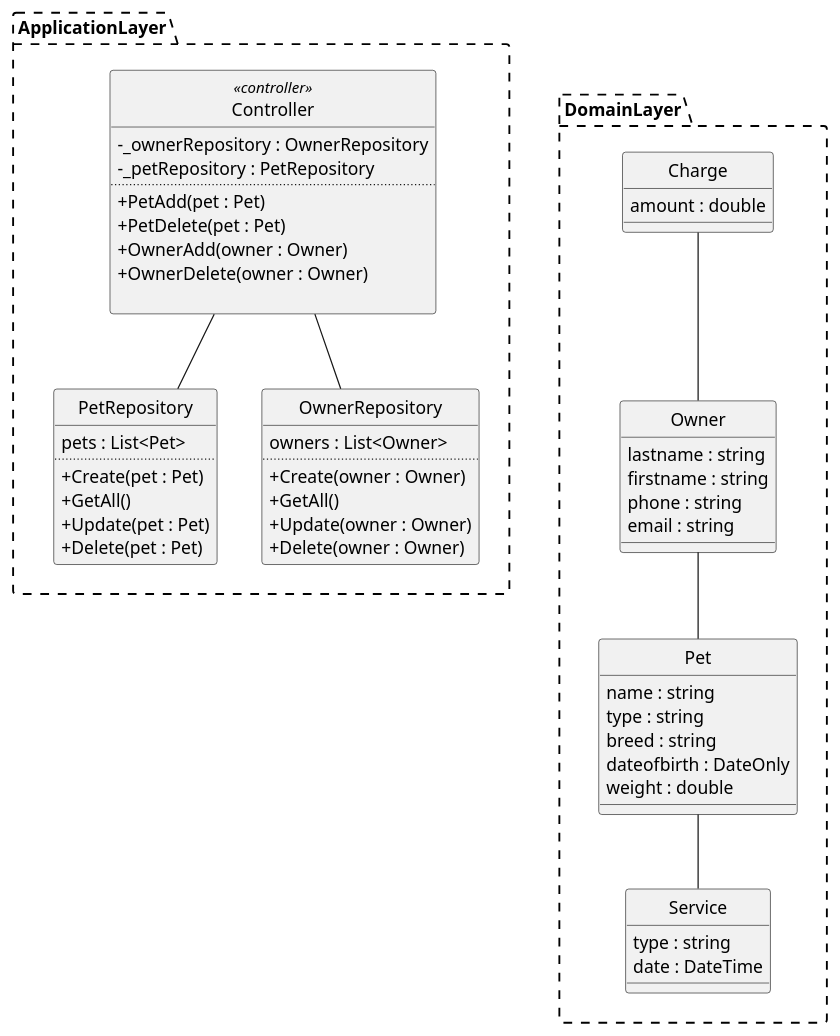
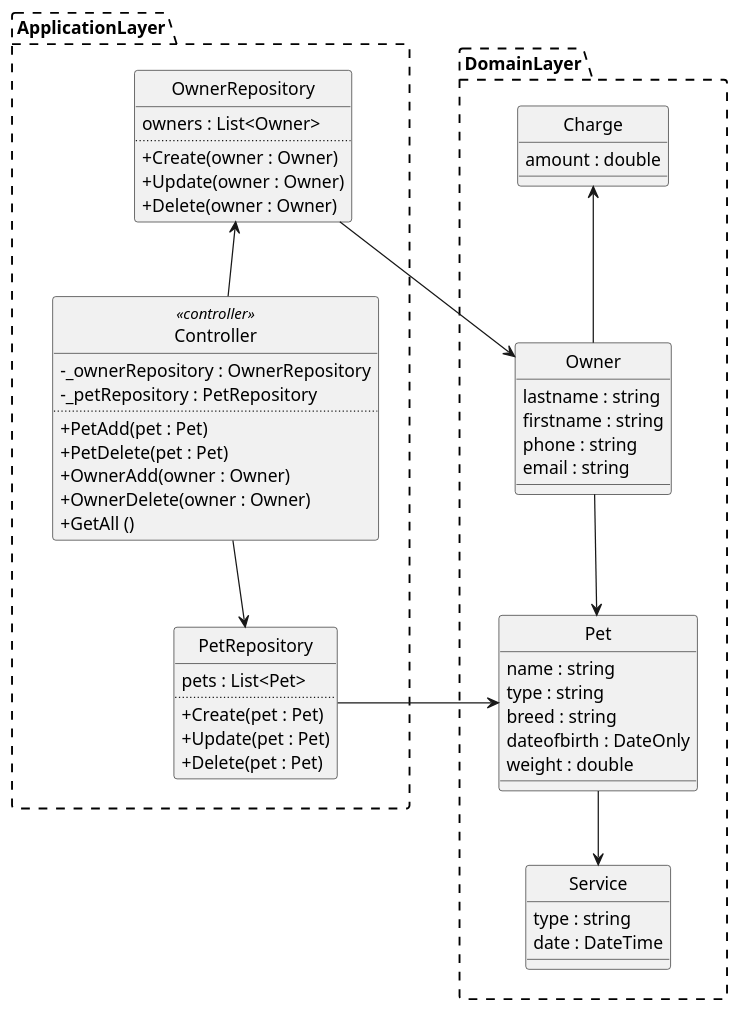
One commit to FilipMeldal/Team1A changed the diagram in Programering 2. sem/Opgaver/PetParadiseDCD.plantuml. Above: the diagram before and after it, drawn with PlantUML.

Commit message:
PetParadiseDCD Changes

```diff
--- a/Programering 2. sem/Opgaver/PetParadiseDCD.plantuml
+++ b/Programering 2. sem/Opgaver/PetParadiseDCD.plantuml
@@ -1,84 +1,83 @@
 @startuml
 hide circles
 skinparam ClassAttributeIconSize 0
 skinparam PackageBorderStyle dashed
+
+Package ApplicationLayer
+{
+    
+Class PetRepository
+{
+    pets : List<Pet>
+    ..
+    + Create(pet : Pet)
+    + Update(pet : Pet)
+    + Delete(pet : Pet)
+}
+
+Class OwnerRepository
+{
+    owners : List<Owner>
+    ..
+    + Create(owner : Owner)
+    + Update(owner : Owner)
+    + Delete(owner : Owner)
+}
+
+Class Controller <<controller>>
+{
+    -  _ownerRepository : OwnerRepository
+    - _petRepository : PetRepository
+    ..
+    + PetAdd(pet : Pet)
+    + PetDelete(pet : Pet)
+    + OwnerAdd(owner : Owner) 
+    + OwnerDelete(owner : Owner)
+    + GetAll ()
+}
+}
 
 Package DomainLayer
 {
     class Pet
 {
     name : string 
     type : string 
     breed : string 
     dateofbirth : DateOnly
     weight : double
     
 }
 
 class Owner
 {
     lastname : string 
     firstname : string 
     phone : string
     email : string 
 }
 
 Class Service
 {
     type : string 
     date : DateTime
 }
 
 Class Charge 
 {
     amount : double 
 }
 
 }
 
-Package ApplicationLayer
-{
-    
-Class PetRepository
-{
-    pets : List<Pet>
-    ..
-    + Create(pet : Pet)
-    + GetAll()
-    + Update(pet : Pet)
-    + Delete(pet : Pet)
-}
+Owner --> Pet
+Pet --> Service
+Charge  <-- Owner
+Controller -down-> PetRepository
+Controller -up-> OwnerRepository
+OwnerRepository --> Owner
+PetRepository --> Pet
 
-Class OwnerRepository
-{
-    owners : List<Owner>
-    ..
-    + Create(owner : Owner)
-    + GetAll()
-    + Update(owner : Owner)
-    + Delete(owner : Owner)
-}
-
-Class Controller <<controller>>
-{
-    -  _ownerRepository : OwnerRepository
-    - _petRepository : PetRepository
-    ..
-    + PetAdd(pet : Pet)
-    + PetDelete(pet : Pet)
-    + OwnerAdd(owner : Owner) 
-    + OwnerDelete(owner : Owner)
-
-}
-}
-
-
-Owner  -- Pet
-Pet -- Service
-Charge  -- Owner
-Controller -- PetRepository
-Controller -- OwnerRepository
-
-ApplicationLayer -right[hidden]- DomainLayer
+ApplicationLayer -up[hidden]-  DomainLayer
 
 @enduml
```
